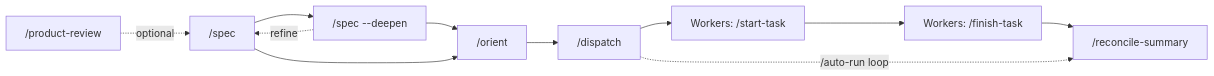
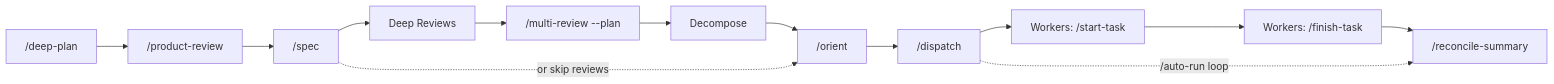
The diagram in README.md (josephneumann/claude-corps), drawn with Mermaid before and after one commit. The commit also changed other lines of this file and 6 other files, not shown here.

First line of the commit message:
feat: add /deep-plan pipeline, /multi-review --plan mode, and coverage matrix

````diff
--- a/README.md
+++ b/README.md
@@ -78,13 +78,15 @@
 ```mermaid
 graph LR
-    PR["/product-review"] -.->|"optional"| A
-    A["/spec"] --> B["/spec --deepen"]
-    B -.->|"refine"| A
-    B --> D["/orient"]
-    A --> D
+    DP["/deep-plan"] --> PR["/product-review"]
+    PR --> A["/spec"]
+    A --> REV["Deep Reviews"]
+    REV --> MR["/multi-review --plan"]
+    MR --> DEC["Decompose"]
+    DEC --> D["/orient"]
+    A -.->|"or skip reviews"| D
     D --> E["/dispatch"]
     E --> F["Workers: /start-task"]
     F --> G["Workers: /finish-task"]
     G --> H["/reconcile-summary"]
     E -.->|"/auto-run loop"| H
 ```
````
